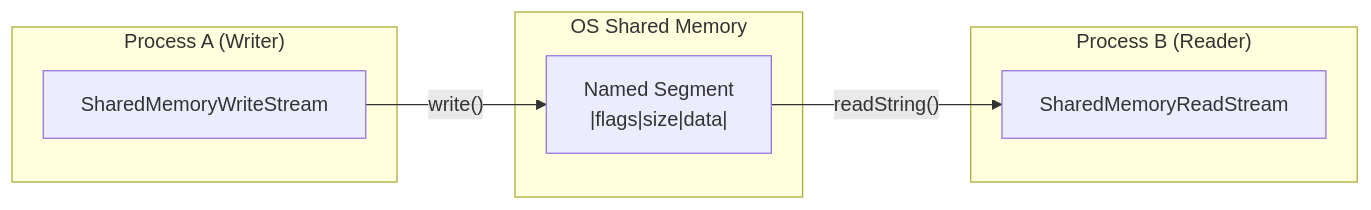
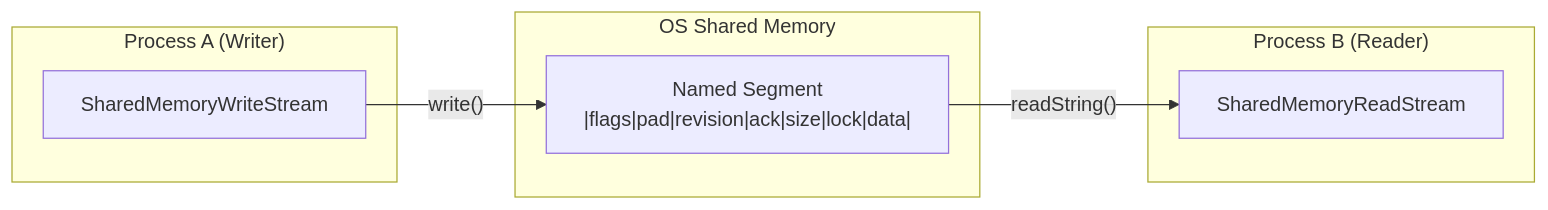
Before and after one commit to kyr0/libsharedmemory: the first of 4 diagrams in README.md, drawn with Mermaid. The commit also changed other lines of this file and 1 other file, not shown here.

````diff
--- a/README.md
+++ b/README.md
@@ -323,17 +325,17 @@
 ```mermaid
 flowchart LR
     subgraph "Process A (Writer)"
         W[SharedMemoryWriteStream]
     end
 
     subgraph "OS Shared Memory"
-        SHM["Named Segment\n|flags|size|data|"]
+        SHM["Named Segment\n|flags|pad|revision|ack|size|lock|data|"]
     end
 
     subgraph "Process B (Reader)"
         R[SharedMemoryReadStream]
     end
 
     W -- "write()" --> SHM
     SHM -- "readString()" --> R
 ```
````
